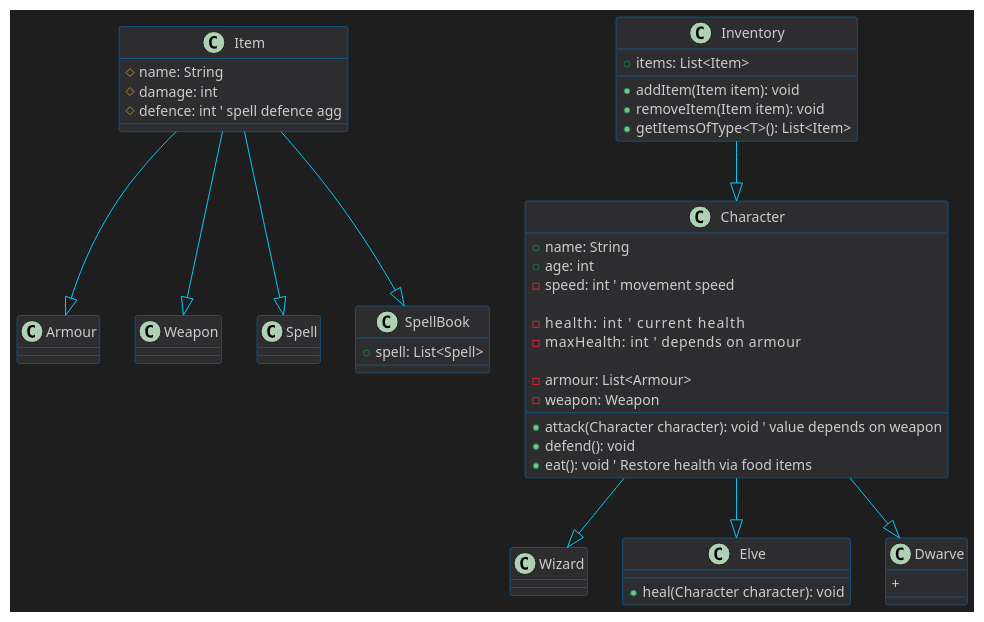
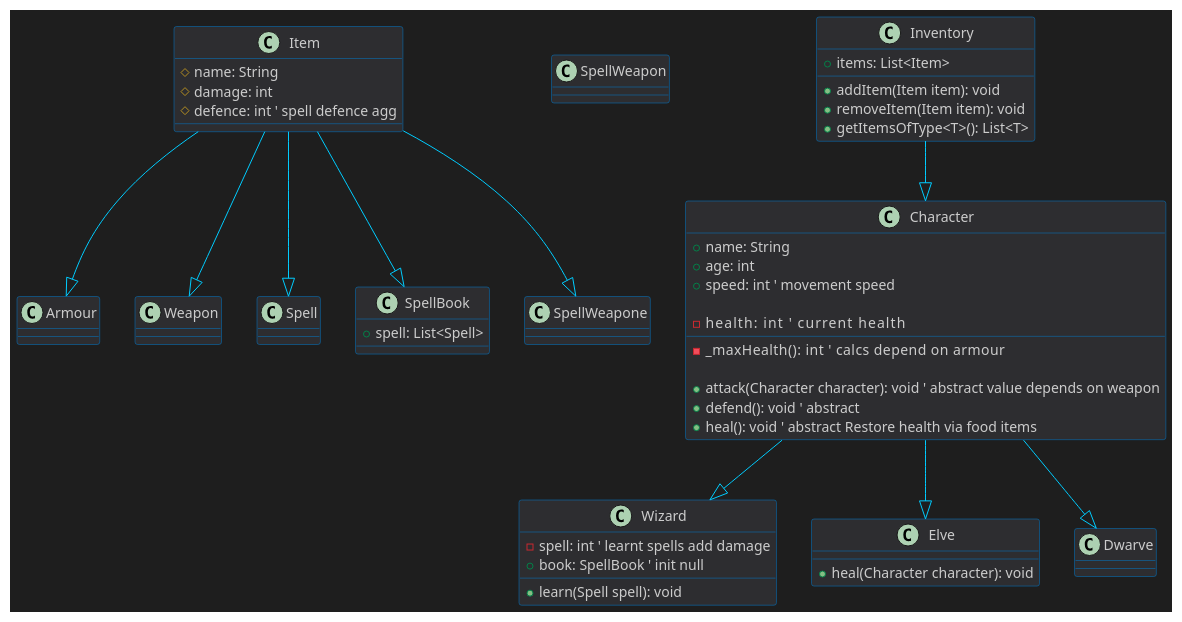
One commit to brunofrancoucu/p2-roleplay-game changed the diagram in inheritance.puml. Above: the diagram before and after it, drawn with PlantUML. The commit also changed 1 other file, not shown here.

Commit message:
add: wizard learn spell

```diff
--- a/inheritance.puml
+++ b/inheritance.puml
@@ -1,82 +1,85 @@
 @startuml
 ' Dark mode background
 skinparam backgroundColor #1E1E1E
 skinparam defaultTextColor #CCCCCC
 
 ' Style for classes
 skinparam class {
     BackgroundColor #2D2D30
     BorderColor #007ACC
     FontColor #FFFFFF
     FooterFontColor #CCCCCC
     AttributeFontColor #CCCCCC
 }
 
 ' Style for arrows
 skinparam ArrowColor #00CCFF
 
 class Item {
     # name: String
     # damage: int
     # defence: int ' spell defence agg
 }
 
 class Armour {
 }
 
+' only weapon wizard can use
+class SpellWeapon
+
 class Weapon {
 }
 
 class Spell {
 }
 
 class SpellBook {
     + spell: List<Spell>
 }
 
 class Inventory {
     + items: List<Item>
     + addItem(Item item): void
     + removeItem(Item item): void
-    + getItemsOfType<T>(): List<Item>
+    + getItemsOfType<T>(): List<T>
 }
 
 ' abstract
 class Character {
     + name: String
     + age: int
-    - speed: int ' movement speed
+    + speed: int ' movement speed
 
     - health: int         ' current health
-    - maxHealth: int      ' depends on armour
+    - _maxHealth(): int      ' calcs depend on armour
 
-    - armour: List<Armour>
-    - weapon: Weapon
-
-    + attack(Character character): void ' value depends on weapon
-    + defend(): void
-    + eat(): void ' Restore health via food items
+    + attack(Character character): void ' abstract value depends on weapon
+    + defend(): void ' abstract
+    + heal(): void ' abstract Restore health via food items
 }
 
 class Wizard {
+    - spell: int ' learnt spells add damage 
+    + book: SpellBook ' init null
+    + learn(Spell spell): void
 }
 
 class Elve {
     + heal(Character character): void
 }
 
 class Dwarve {
-    + 
 }
 
 Inventory --|> Character
 
 Character --|> Wizard
 Character --|> Elve
 Character --|> Dwarve
 
 Item --|> SpellBook
+Item --|> SpellWeapone
 Item --|> Weapon
 Item --|> Armour
 Item --|> Spell
 @enduml
```
